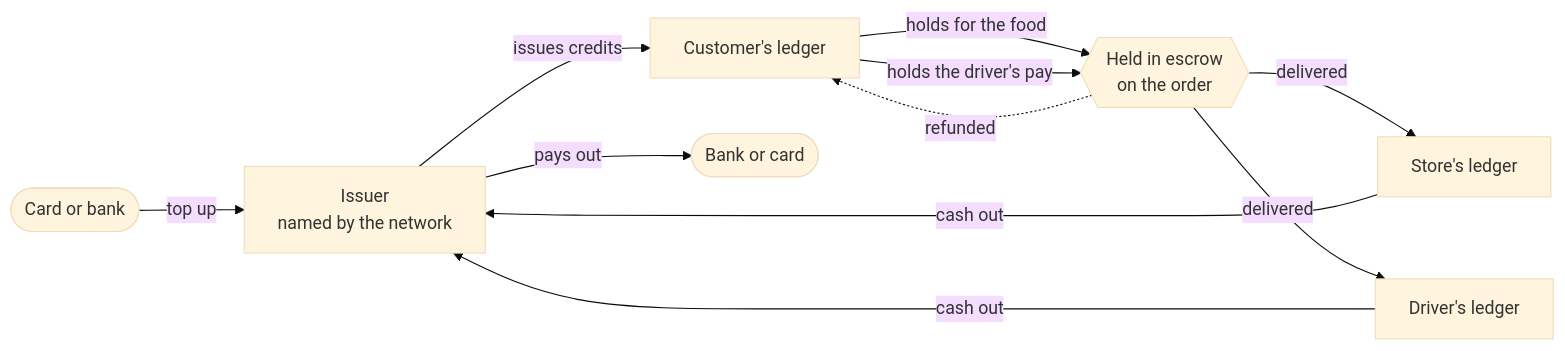
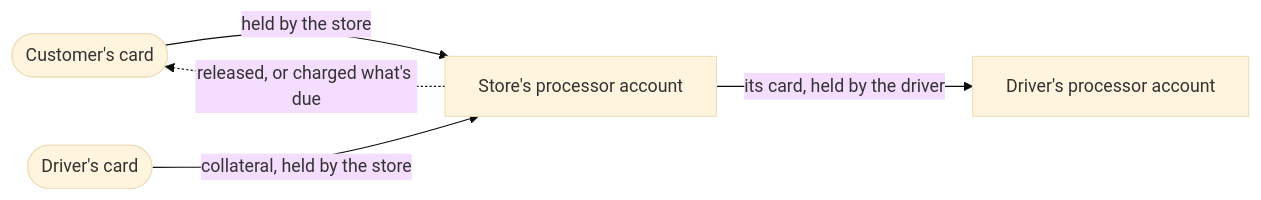
Before and after one commit to TrevorWysong/HandShake: the fifth of 6 diagrams in README.md, drawn with Mermaid (base theme). The commit also changed other lines of this file and 63 other files, not shown here.

````diff
--- a/README.md
+++ b/README.md
@@ -158,13 +158,7 @@
 ```mermaid
 flowchart LR
-    card(["Card or bank"]) -->|top up| issuer["Issuer<br/>named by the network"]
-    issuer -->|issues credits| customer["Customer's ledger"]
-    customer -->|holds for the food| escrow{{"Held in escrow<br/>on the order"}}
-    customer -->|holds the driver's pay| escrow
-    escrow -->|delivered| store["Store's ledger"]
-    escrow -->|delivered| driver["Driver's ledger"]
-    escrow -.->|refunded| customer
-    store -->|cash out| issuer
-    driver -->|cash out| issuer
-    issuer -->|pays out| bank(["Bank or card"])
+    customer(["Customer's card"]) -->|held by the store| store["Store's processor account"]
+    store -->|its card, held by the driver| driver["Driver's processor account"]
+    driverCard(["Driver's card"]) -->|collateral, held by the store| store
+    store -.->|released, or charged what's due| customer
 ```
````
